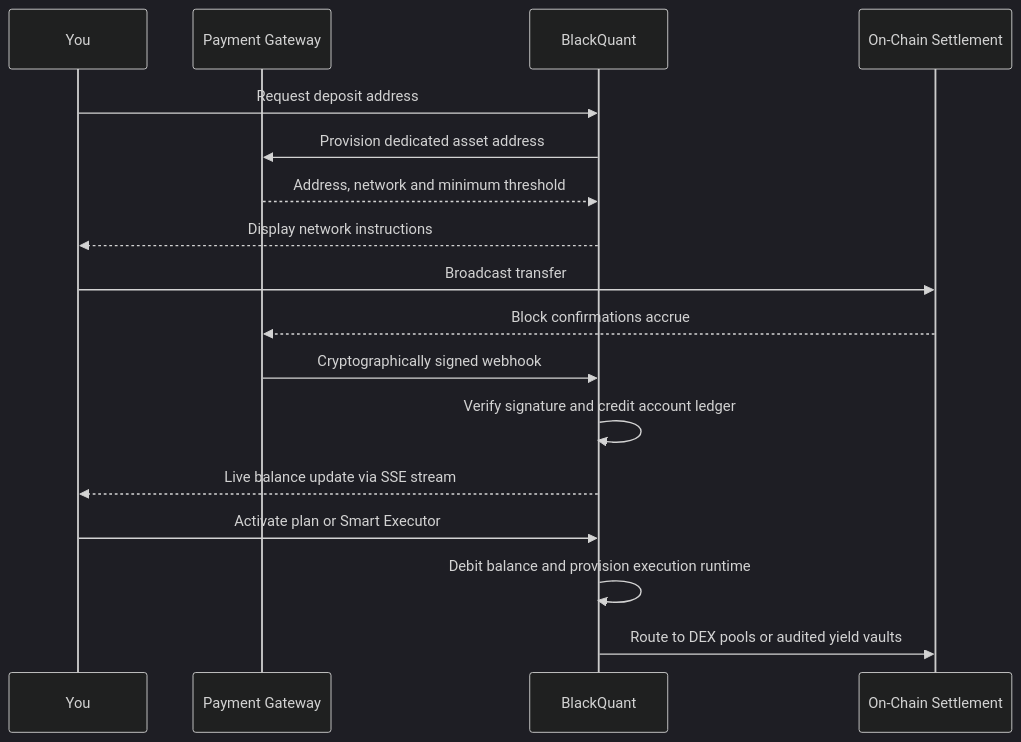
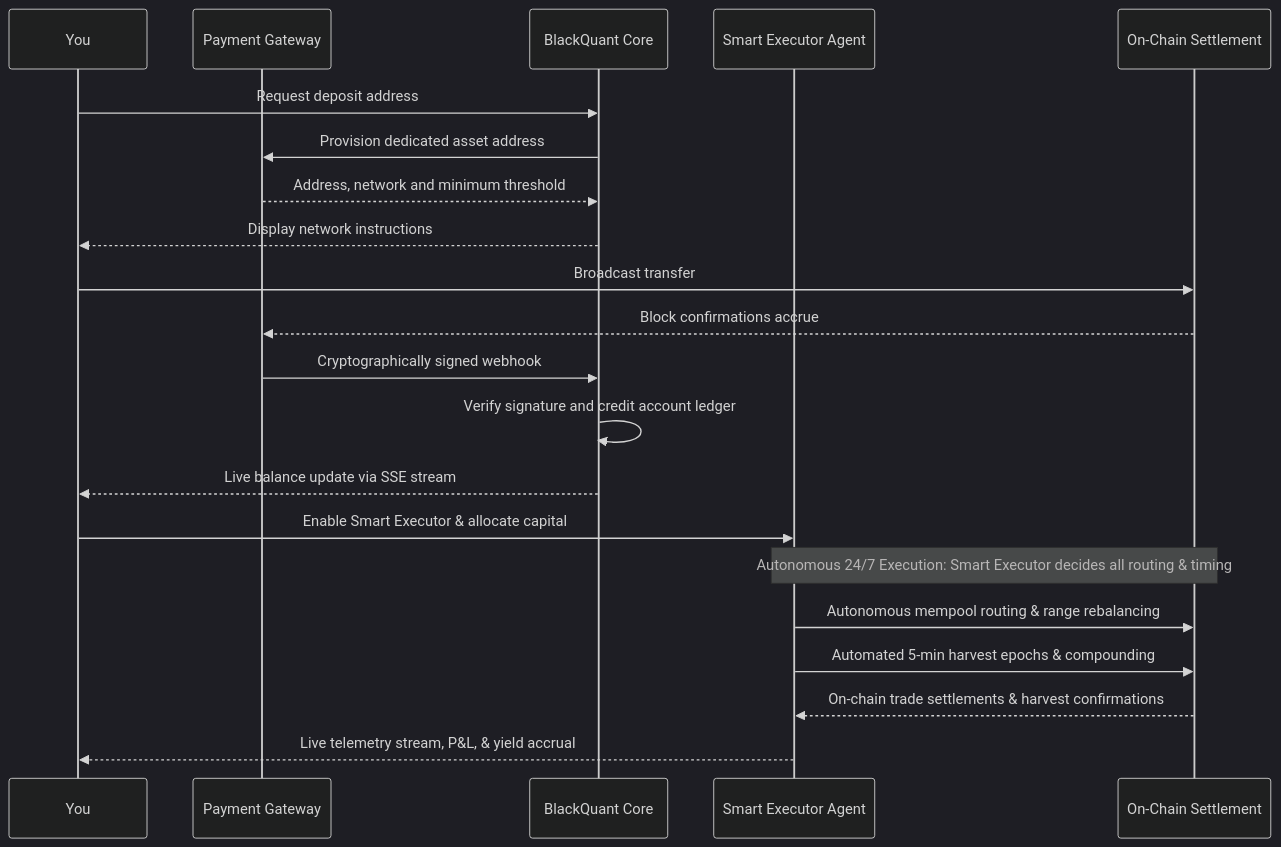
Before and after one commit to rempprandy/docs: the diagram in introduction/how-it-works.mdx, drawn with Mermaid (dark theme). The commit also changed other lines of this file and 7 other files, not shown here.

Commit message:
feat(docs): update logos to breakout B brand mark and clarify autonomous Smart Executor operation

````diff
--- a/introduction/how-it-works.mdx
+++ b/introduction/how-it-works.mdx
@@ -10,20 +10,24 @@
 ```mermaid
 sequenceDiagram
     participant U as You
     participant NP as Payment Gateway
-    participant BQ as BlackQuant
+    participant BQ as BlackQuant Core
+    participant SE as Smart Executor Agent
     participant CH as On-Chain Settlement
 
     U->>BQ: Request deposit address
     BQ->>NP: Provision dedicated asset address
     NP-->>BQ: Address, network and minimum threshold
     BQ-->>U: Display network instructions
     U->>CH: Broadcast transfer
     CH-->>NP: Block confirmations accrue
     NP->>BQ: Cryptographically signed webhook
     BQ->>BQ: Verify signature and credit account ledger
     BQ-->>U: Live balance update via SSE stream
-    U->>BQ: Activate plan or Smart Executor
-    BQ->>BQ: Debit balance and provision execution runtime
-    BQ->>CH: Route to DEX pools or audited yield vaults
+    U->>SE: Enable Smart Executor & allocate capital
+    Note over SE,CH: Autonomous 24/7 Execution: Smart Executor decides all routing & timing
+    SE->>CH: Autonomous mempool routing & range rebalancing
+    SE->>CH: Automated 5-min harvest epochs & compounding
+    CH-->>SE: On-chain trade settlements & harvest confirmations
+    SE-->>U: Live telemetry stream, P&L, & yield accrual
 ```
````
